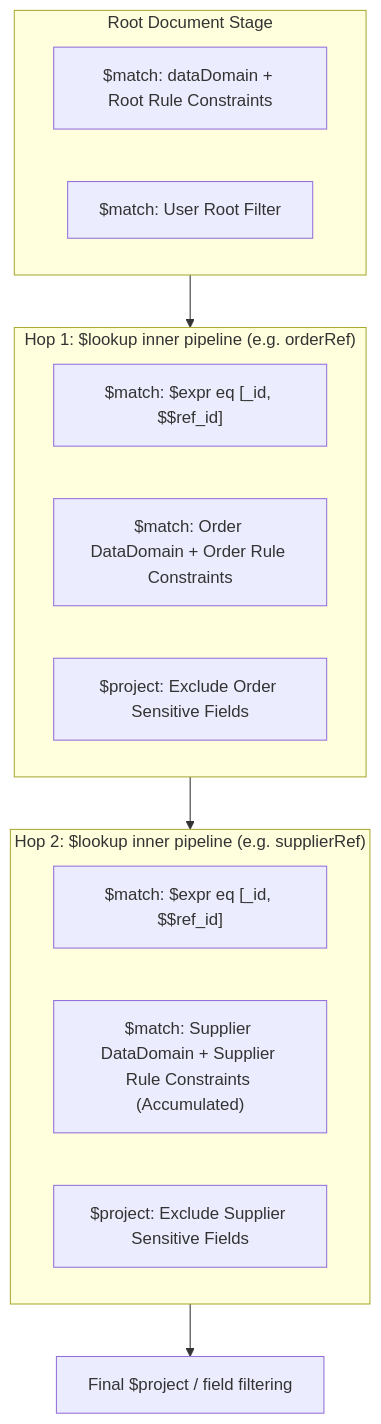
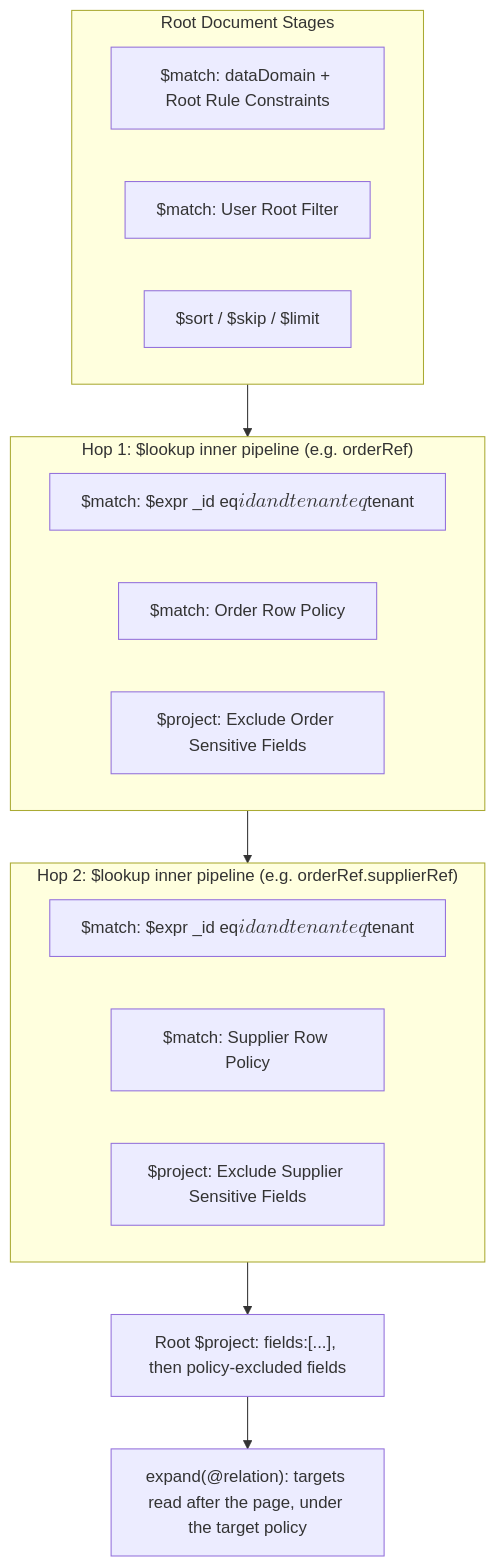
Before and after one commit to end2endlogic-com/quantum-framework: the diagram in quantum-docs/src/docs/asciidoc/user-guide/planner-and-query-gateway.adoc, drawn with Mermaid. The commit also changed other lines of this file and 43 other files, not shown here.

````diff
--- a/quantum-docs/src/docs/asciidoc/user-guide/planner-and-query-gateway.adoc
+++ b/quantum-docs/src/docs/asciidoc/user-guide/planner-and-query-gateway.adoc
@@ -111,23 +138,25 @@
 ```mermaid
 flowchart TD
-    subgraph Root ["Root Document Stage"]
+    subgraph Root ["Root Document Stages"]
         RMatch["$match: dataDomain + Root Rule Constraints"]
         RFilter["$match: User Root Filter"]
+        RPage["$sort / $skip / $limit"]
     end
 
     subgraph Hop1 ["Hop 1: $lookup inner pipeline (e.g. orderRef)"]
-        H1Match["$match: $expr eq [_id, $$ref_id]"]
-        H1Sec["$match: Order DataDomain + Order Rule Constraints"]
+        H1Match["$match: $expr _id eq $$id and tenant eq $$tenant"]
+        H1Sec["$match: Order Row Policy"]
         H1Proj["$project: Exclude Order Sensitive Fields"]
     end
 
-    subgraph Hop2 ["Hop 2: $lookup inner pipeline (e.g. supplierRef)"]
-        H2Match["$match: $expr eq [_id, $$ref_id]"]
-        H2Sec["$match: Supplier DataDomain + Supplier Rule Constraints (Accumulated)"]
+    subgraph Hop2 ["Hop 2: $lookup inner pipeline (e.g. orderRef.supplierRef)"]
+        H2Match["$match: $expr _id eq $$id and tenant eq $$tenant"]
+        H2Sec["$match: Supplier Row Policy"]
         H2Proj["$project: Exclude Supplier Sensitive Fields"]
     end
 
     Root --> Hop1
     Hop1 --> Hop2
-    Hop2 --> FinalProj["Final $project / field filtering"]
+    Hop2 --> FinalProj["Root $project: fields:[...], then policy-excluded fields"]
+    FinalProj --> Rel["expand(@relation): targets read after the page, under the target policy"]
 ```
````
